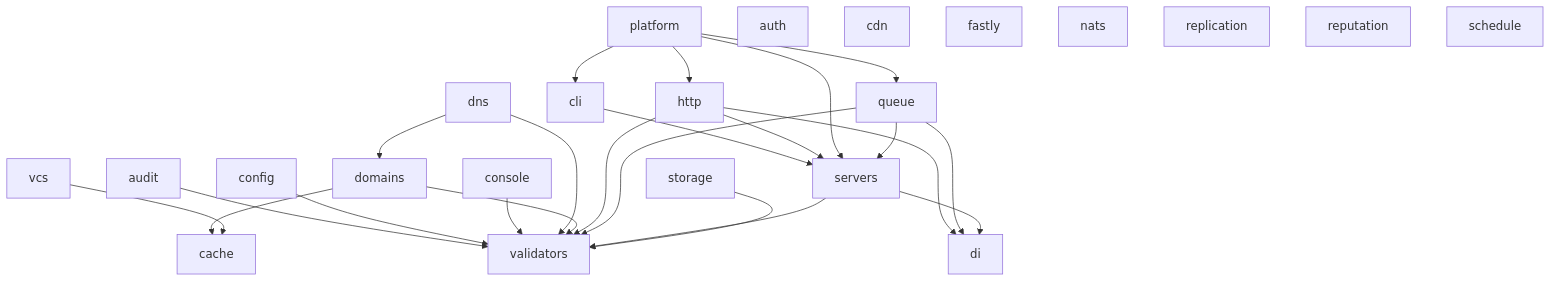
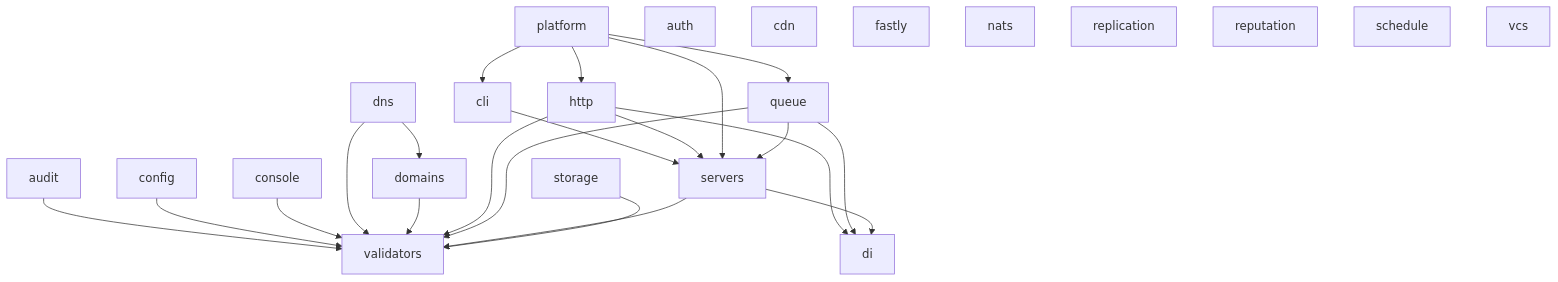
The diagram in README.md (Neekoras/monorepo), drawn with Mermaid before and after one commit. The commit also changed other lines of this file and 65 other files, not shown here.

````diff
--- a/README.md
+++ b/README.md
@@ -52,32 +52,31 @@
 ```mermaid
 graph TD
     audit --> validators
     cli --> servers
     config --> validators
     console --> validators
     dns --> validators
     dns --> domains
     domains --> validators
-    domains --> cache
     http --> di
     http --> servers
     http --> validators
     platform --> cli
     platform --> http
     platform --> queue
     platform --> servers
     queue --> di
     queue --> servers
     queue --> validators
     servers --> di
     servers --> validators
     storage --> validators
-    vcs --> cache
     auth
     cdn
     fastly
     nats
     replication
     reputation
     schedule
+    vcs
 ```
````
